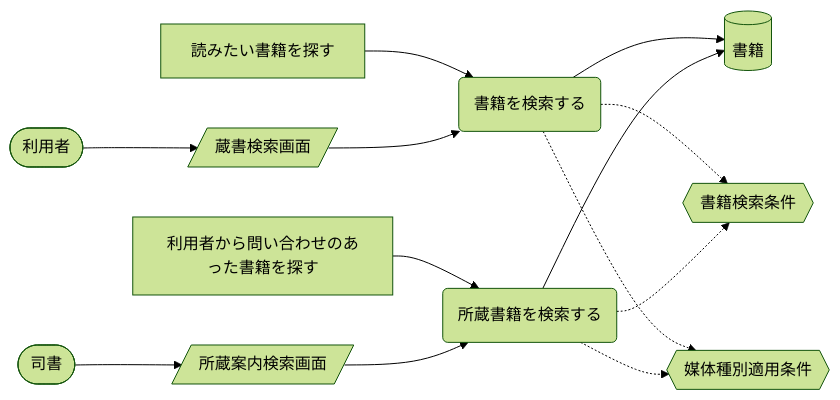
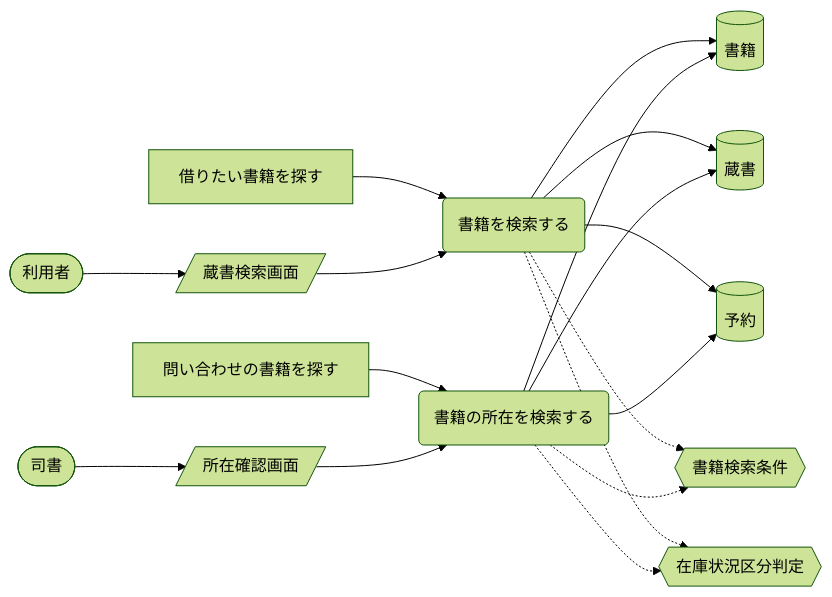
One commit to suwa-sh/suwa-sh-claude-plugins changed the second of 11 diagrams in samples/distillery2/library-loan/docs/requirements/rdra/views/04_UC複合図.md. Above: the diagram before and after it, drawn with Mermaid (forest theme). The commit also changed other lines of this file and 249 other files, not shown here.

````diff
--- a/samples/distillery2/library-loan/docs/requirements/rdra/views/04_UC複合図.md
+++ b/samples/distillery2/library-loan/docs/requirements/rdra/views/04_UC複合図.md
@@ -74,26 +70,32 @@
 ```mermaid
 graph LR
   UC1("書籍を検索する")
-  AT1["読みたい書籍を探す"]
+  AT1["借りたい書籍を探す"]
   IF1[("書籍")]
+  IF2[("蔵書")]
+  IF3[("予約")]
   CD1{{"書籍検索条件"}}
-  CD2{{"媒体種別適用条件"}}
+  CD2{{"在庫状況区分判定"}}
   SC1[/"蔵書検索画面"/]
   AC1(["利用者"])
-  UC2("所蔵書籍を検索する")
-  AT2["利用者から問い合わせのあった書籍を探す"]
-  SC2[/"所蔵案内検索画面"/]
+  UC2("書籍の所在を検索する")
+  AT2["問い合わせの書籍を探す"]
+  SC2[/"所在確認画面"/]
   AC2(["司書"])
   AT1 --> UC1
   UC1 --> IF1
+  UC1 --> IF2
+  UC1 --> IF3
   UC1 -.-> CD1
   UC1 -.-> CD2
   AC1 --> SC1
   SC1 --> UC1
   AT2 --> UC2
   UC2 --> IF1
+  UC2 --> IF2
+  UC2 --> IF3
   UC2 -.-> CD1
   UC2 -.-> CD2
   AC2 --> SC2
   SC2 --> UC2
 ```
````
